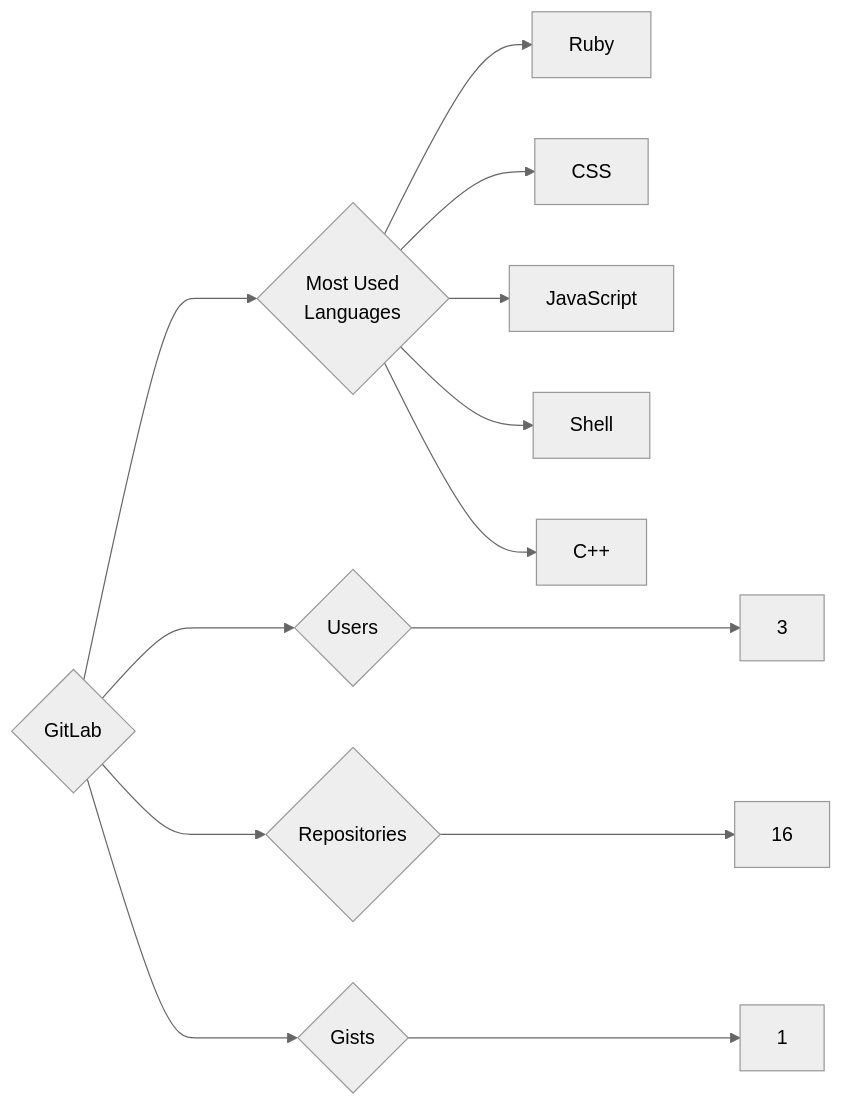
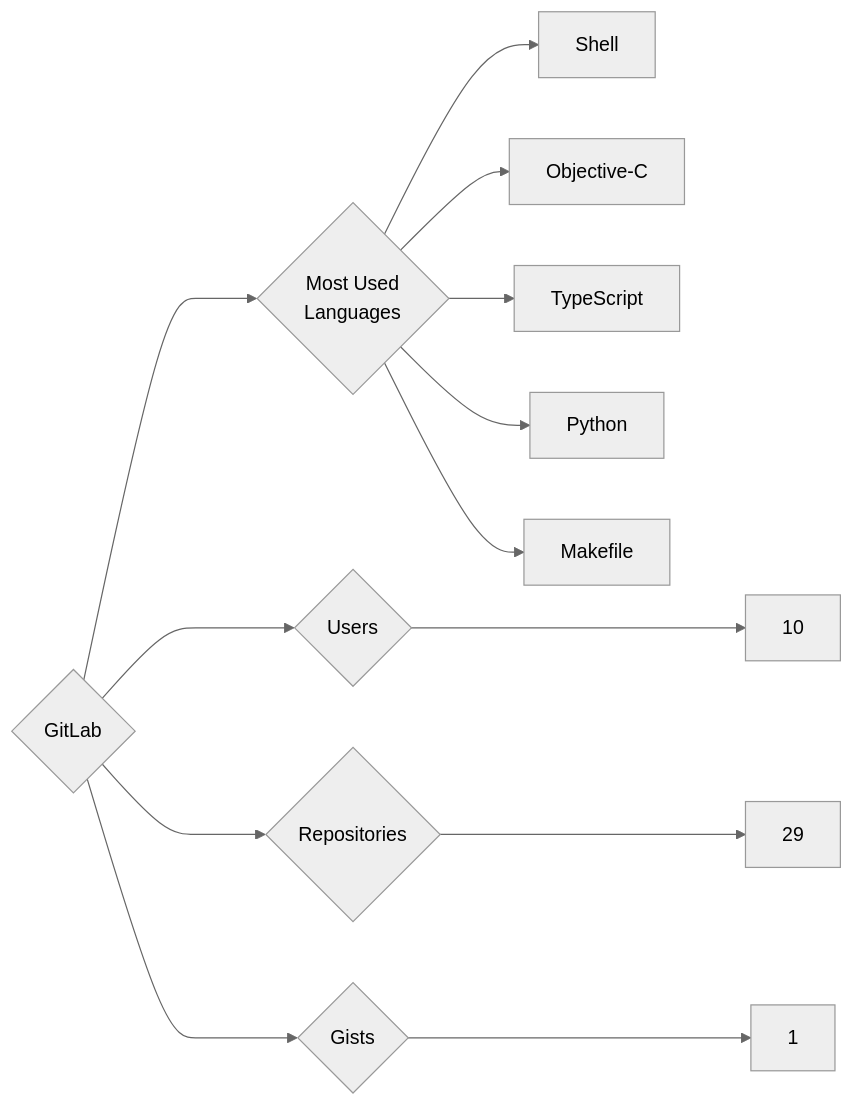
The diagram in targets/GitLab/README.md (trickest/insiders), drawn with Mermaid (neutral theme) before and after one commit. The commit also changed 1175 other files, not shown here.

````diff
--- a/targets/GitLab/README.md
+++ b/targets/GitLab/README.md
@@ -3,13 +3,13 @@
 ```mermaid
 graph LR
 COMPANY_NAME{GitLab}
-COMPANY_NAME ---> U{Users} ---> UN[3]
-COMPANY_NAME ---> R{Repositories} ---> RN[16]
+COMPANY_NAME ---> U{Users} ---> UN[10]
+COMPANY_NAME ---> R{Repositories} ---> RN[29]
 COMPANY_NAME ---> G{Gists} ---> GN[1]
 COMPANY_NAME ---> ML{Most Used<br>Languages}
-ML --> Ruby[Ruby]
-ML --> CSS[CSS]
-ML --> JavaScript[JavaScript]
 ML --> Shell[Shell]
-ML --> C++[C++]
+ML --> Objective-C[Objective-C]
+ML --> TypeScript[TypeScript]
+ML --> Python[Python]
+ML --> Makefile[Makefile]
 ```
````
